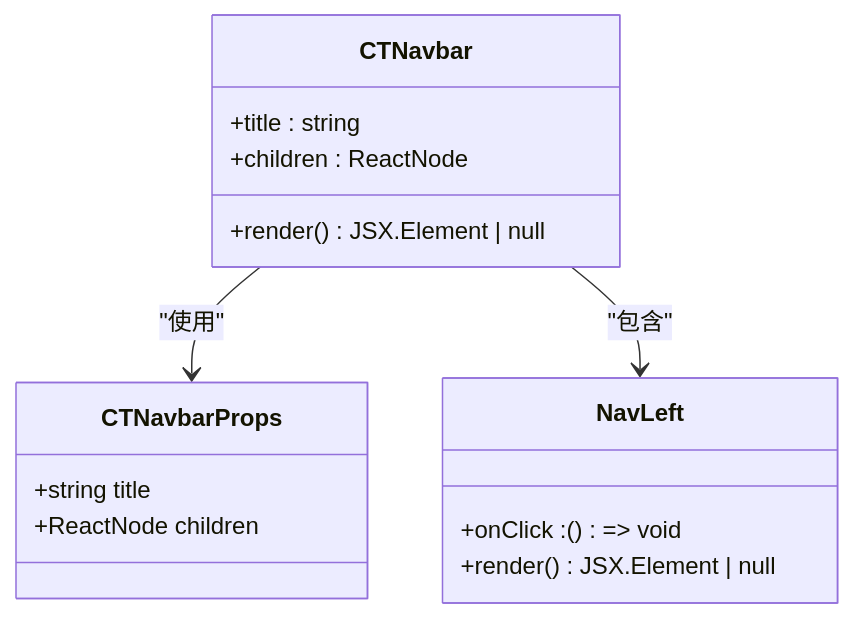
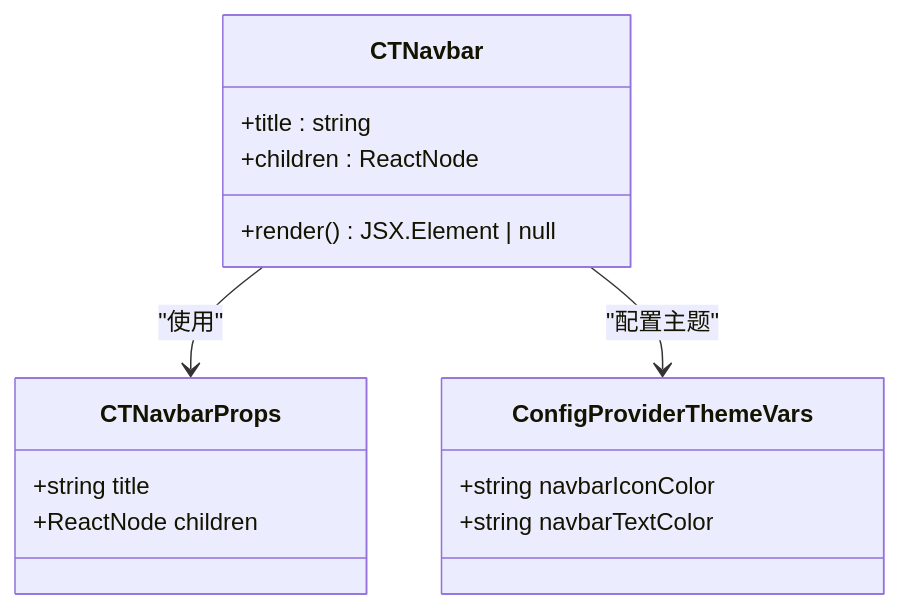
One commit to zuolinbao/redbook changed the third of 8 diagrams in .qoder/repowiki/zh/content/UI组件库/CTNavbar跨平台导航栏组件.md. Above: the diagram before and after it, drawn with Mermaid. The commit also changed other lines of this file and 4 other files, not shown here.

````diff
--- a/.qoder/repowiki/zh/content/UI组件库/CTNavbar跨平台导航栏组件.md
+++ b/.qoder/repowiki/zh/content/UI组件库/CTNavbar跨平台导航栏组件.md
@@ -154,18 +168,18 @@
 ```mermaid
 classDiagram
 class CTNavbarProps {
 +string title
 +ReactNode children
 }
 class CTNavbar {
 +title : string
 +children : ReactNode
 +render() JSX.Element | null
 }
-class NavLeft {
-+onClick : () => void
-+render() JSX.Element | null
+class ConfigProviderThemeVars {
++string navbarIconColor
++string navbarTextColor
 }
 CTNavbar --> CTNavbarProps : "使用"
-CTNavbar --> NavLeft : "包含"
+CTNavbar --> ConfigProviderThemeVars : "配置主题"
 ```
````
